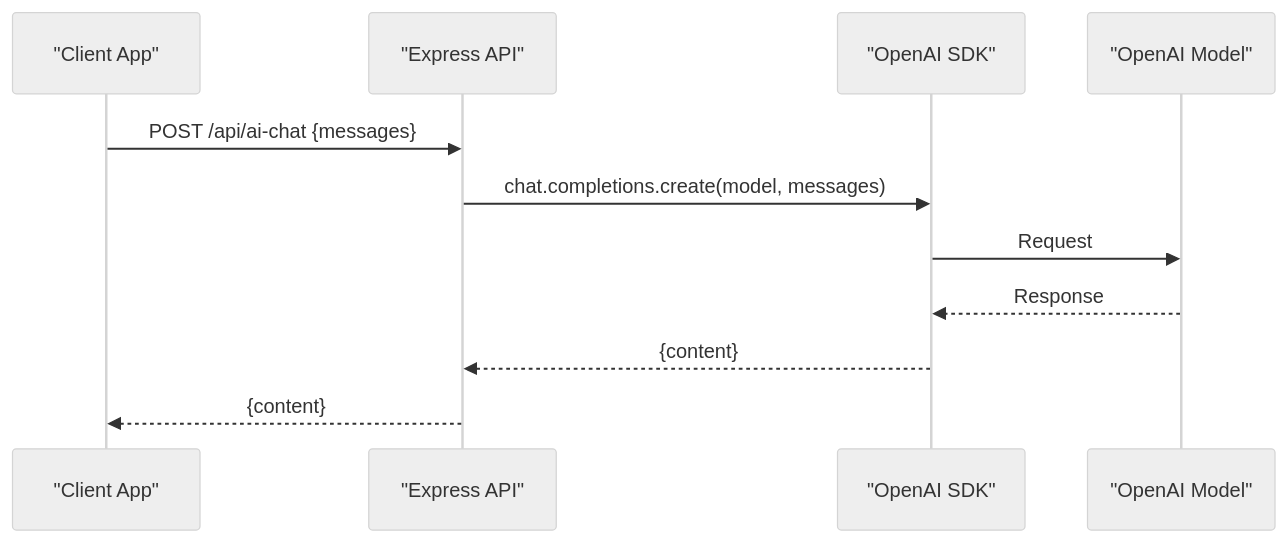
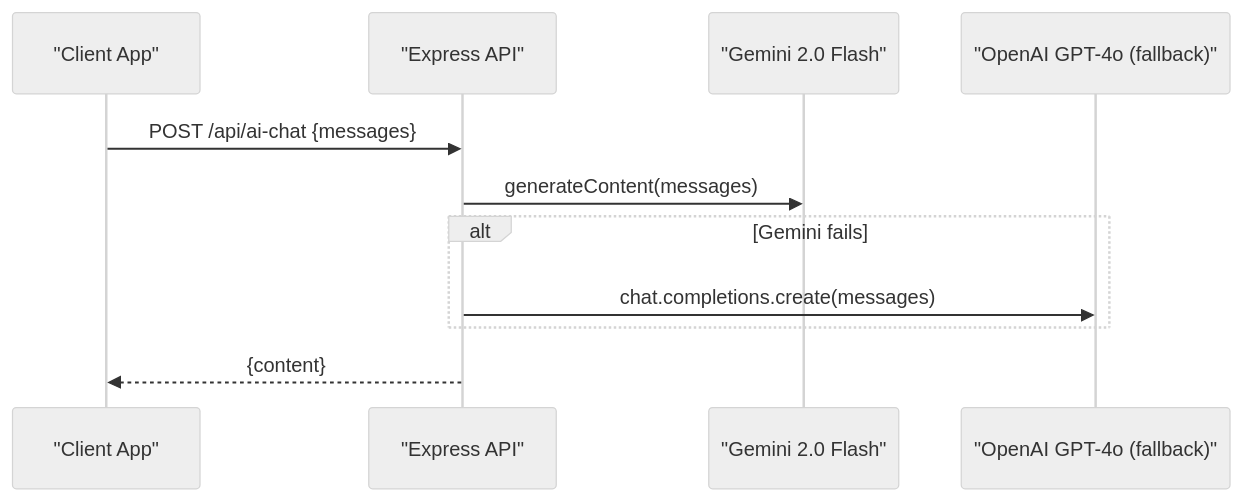
The third of 5 diagrams in docs/code-wiki/content/Project Overview.md (nitishssh/Class-mode), drawn with Mermaid (neutral theme) before and after one commit. The commit also changed other lines of this file and 18 other files, not shown here.

````diff
--- a/docs/code-wiki/content/Project Overview.md
+++ b/docs/code-wiki/content/Project Overview.md
@@ -190,13 +172,13 @@
 ```mermaid
 sequenceDiagram
 participant Client as "Client App"
 participant API as "Express API"
-participant OpenAI as "OpenAI SDK"
-participant Model as "OpenAI Model"
+participant Gemini as "Gemini 2.0 Flash"
+participant OpenAI as "OpenAI GPT-4o (fallback)"
 Client->>API : POST /api/ai-chat {messages}
-API->>OpenAI : chat.completions.create(model, messages)
-OpenAI->>Model : Request
-Model-->>OpenAI : Response
-OpenAI-->>API : {content}
+API->>Gemini : generateContent(messages)
+alt Gemini fails
+API->>OpenAI : chat.completions.create(messages)
+end
 API-->>Client : {content}
 ```
````
